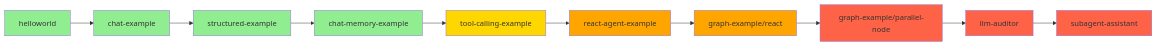
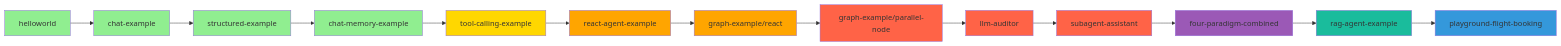
Before and after one commit to Juncai22/spring-ai-agent-learning: the diagram in Spring-AI-Alibaba-学习笔记/README.md, drawn with Mermaid. The commit also changed other lines of this file and 12 other files, not shown here.

````diff
--- a/Spring-AI-Alibaba-学习笔记/README.md
+++ b/Spring-AI-Alibaba-学习笔记/README.md
@@ -10,23 +10,29 @@
 ```mermaid
 graph LR
     A[helloworld] --> B[chat-example]
     B --> C[structured-example]
     C --> D[chat-memory-example]
     D --> E[tool-calling-example]
     E --> F[react-agent-example]
     F --> G[graph-example/react]
     G --> H[graph-example/parallel-node]
     H --> I[llm-auditor]
     I --> J[subagent-assistant]
-    
+    J --> K[four-paradigm-combined]
+    K --> L[rag-agent-example]
+    L --> M[playground-flight-booking]
+
     style A fill:#90EE90
     style B fill:#90EE90
     style C fill:#90EE90
     style D fill:#90EE90
     style E fill:#FFD700
     style F fill:#FFA500
     style G fill:#FFA500
     style H fill:#FF6347
     style I fill:#FF6347
     style J fill:#FF6347
+    style K fill:#9B59B6
+    style L fill:#1ABC9C
+    style M fill:#3498DB
 ```
````
